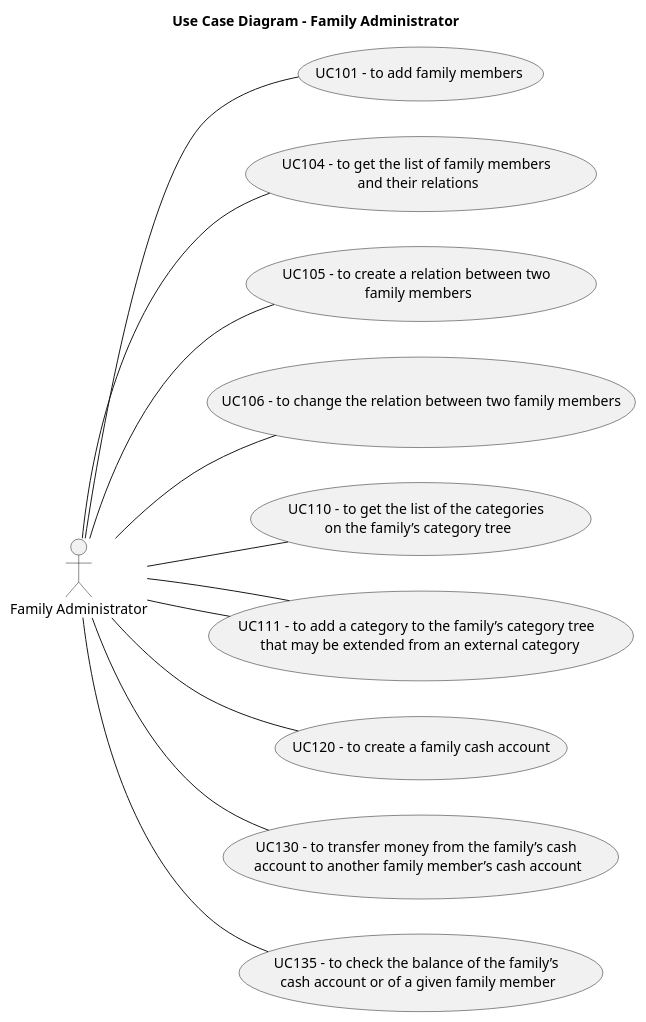
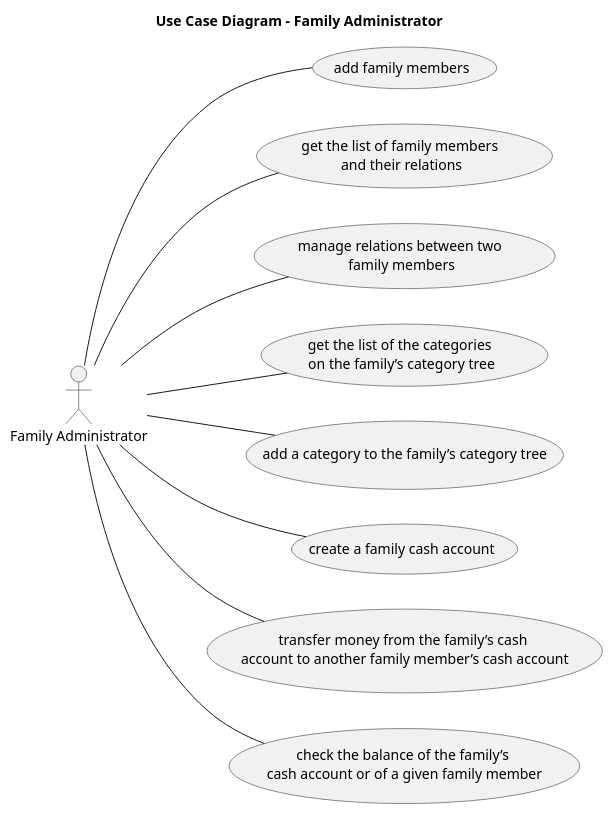
The diagram in docs/sprint6/diagrams/UseCaseDiagramFA.puml (tomas-osswald/switch_2020_g3), drawn with PlantUML before and after one commit. The commit also changed 2 other files, not shown here.

```diff
--- a/docs/sprint6/diagrams/UseCaseDiagramFA.puml
+++ b/docs/sprint6/diagrams/UseCaseDiagramFA.puml
@@ -1,30 +1,27 @@
 @startuml
 
 left to right direction
 
 title Use Case Diagram - Family Administrator
 
 actor "Family Administrator" as fa
 
-usecase "UC101 - to add family members" as uc101
-usecase "UC104 - to get the list of family members \nand their relations" as uc104
-usecase "UC105 - to create a relation between two \nfamily members" as uc105
-usecase "UC106 - to change the relation between two family members" as uc106
-usecase "UC110 - to get the list of the categories \non the family’s category tree" as uc110
-usecase "UC111 - to add a category to the family’s category tree \n that may be extended from an external category" as uc111
-usecase "UC120 - to create a family cash account" as uc120
-usecase "UC130 - to transfer money from the family’s cash \naccount to another family member’s cash account" as uc130
-usecase "UC135 - to check the balance of the family’s \ncash account or of a given family member" as uc135
+usecase "add family members" as uc101
+usecase "get the list of family members \nand their relations" as uc104
+usecase "manage relations between two \nfamily members" as uc105
+usecase "get the list of the categories \non the family’s category tree" as uc110
+usecase "add a category to the family’s category tree" as uc111
+usecase "create a family cash account" as uc120
+usecase "transfer money from the family’s cash \naccount to another family member’s cash account" as uc130
+usecase "check the balance of the family’s \ncash account or of a given family member" as uc135
 
 fa -- uc101
 fa -- uc104
 fa -- uc105
 fa -- uc110
-fa -- uc111
 fa -- uc120
-fa -- uc106
 fa -- uc111
 fa -- uc130
 fa -- uc135
 
 @enduml
```
